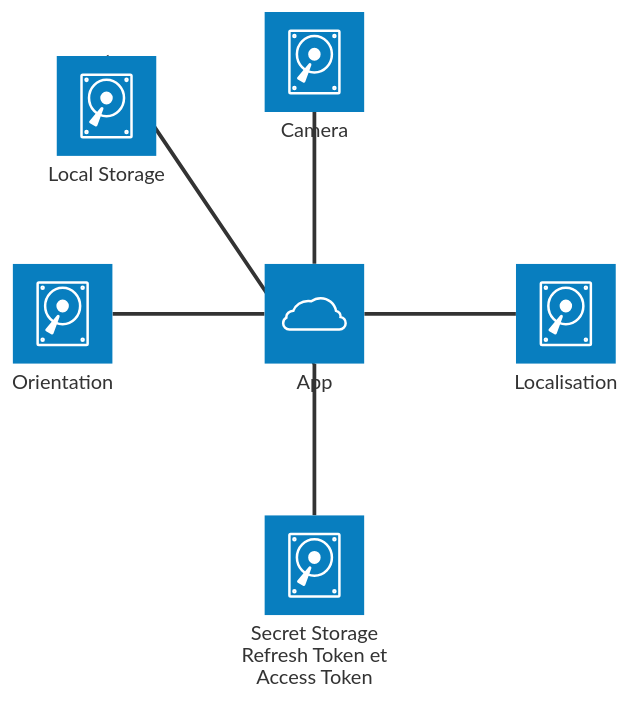
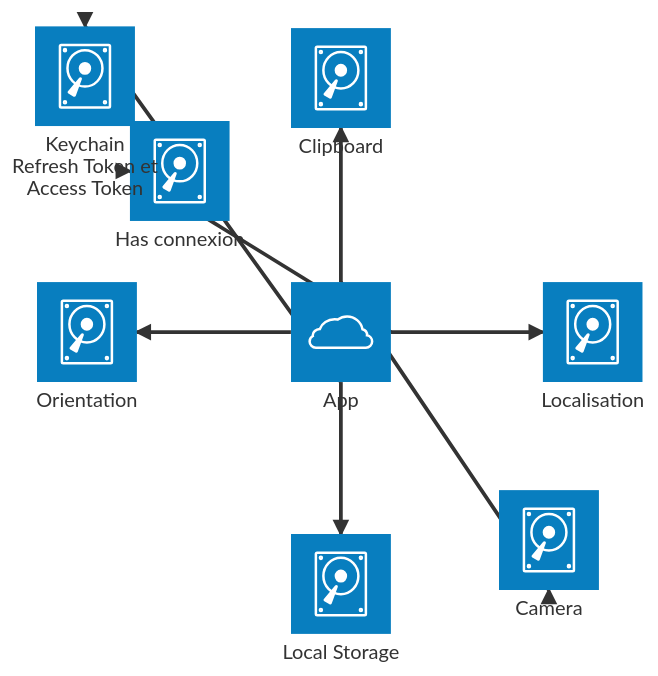
One commit to pass-culture/pass-culture-app-native changed the diagram in doc/architecture/input-output-local.md. Above: the diagram before and after it, drawn with Mermaid. The commit also changed 1 other file, not shown here.

````diff
--- a/doc/architecture/input-output-local.md
+++ b/doc/architecture/input-output-local.md
@@ -3,16 +3,20 @@
 ```mermaid
 architecture-beta
   service App(cloud)[App]
 
   service camera(disk)[Camera]
+  service clipboard(disk)[Clipboard]
+  service has_connexion(disk)[Has connexion]
+  service keychain(disk)[Keychain Refresh Token et Access Token]
+  service local_storage(disk)[Local Storage]
   service localisation(disk)[Localisation]
-  service local_storage(disk)[Local Storage]
   service orientation(disk)[Orientation]
-  service secret_storage(disk)[Secret Storage Refresh Token et Access Token]
 
-  App:T -- B:camera
-  App:R -- L:localisation
-  App:L -- R:orientation
-  App:B -- T:local_storage
-  App:B -- T:secret_storage
+  App:T --> B:camera
+  App:T --> B:clipboard
+  App:R --> L:has_connexion
+  App:B --> T:keychain
+  App:B --> T:local_storage
+  App:R --> L:localisation
+  App:L --> R:orientation
 ```
````
